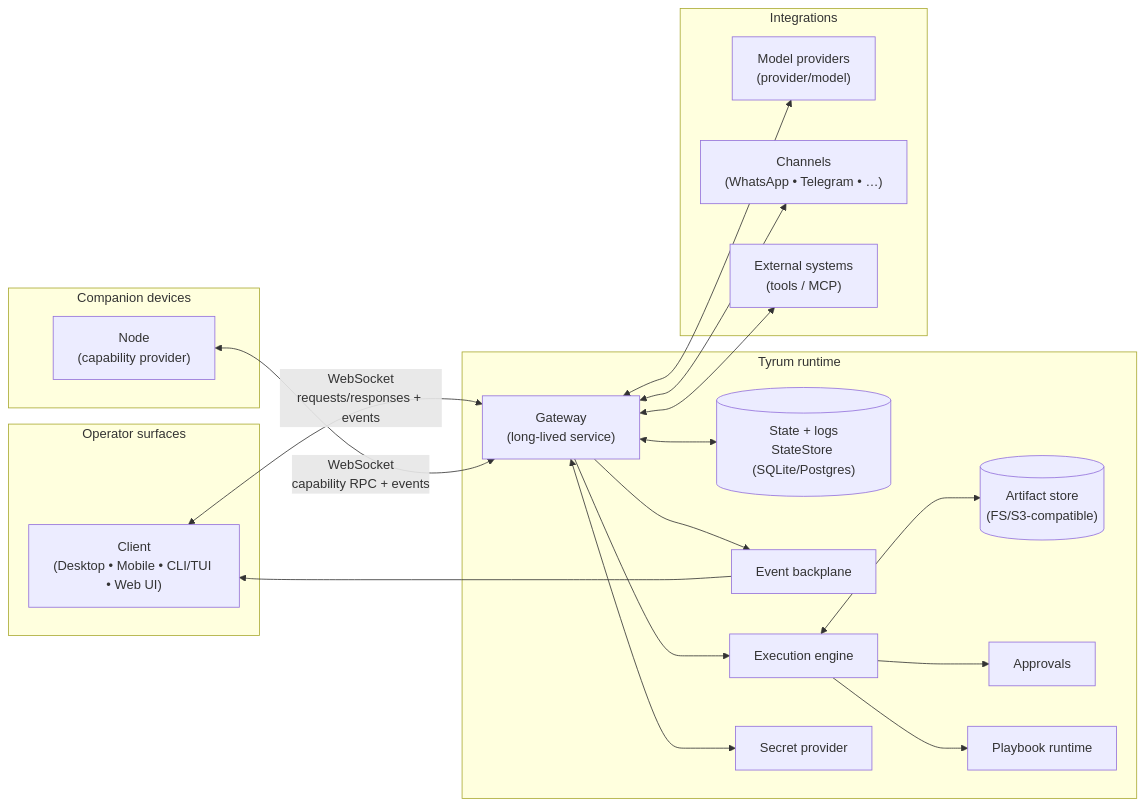
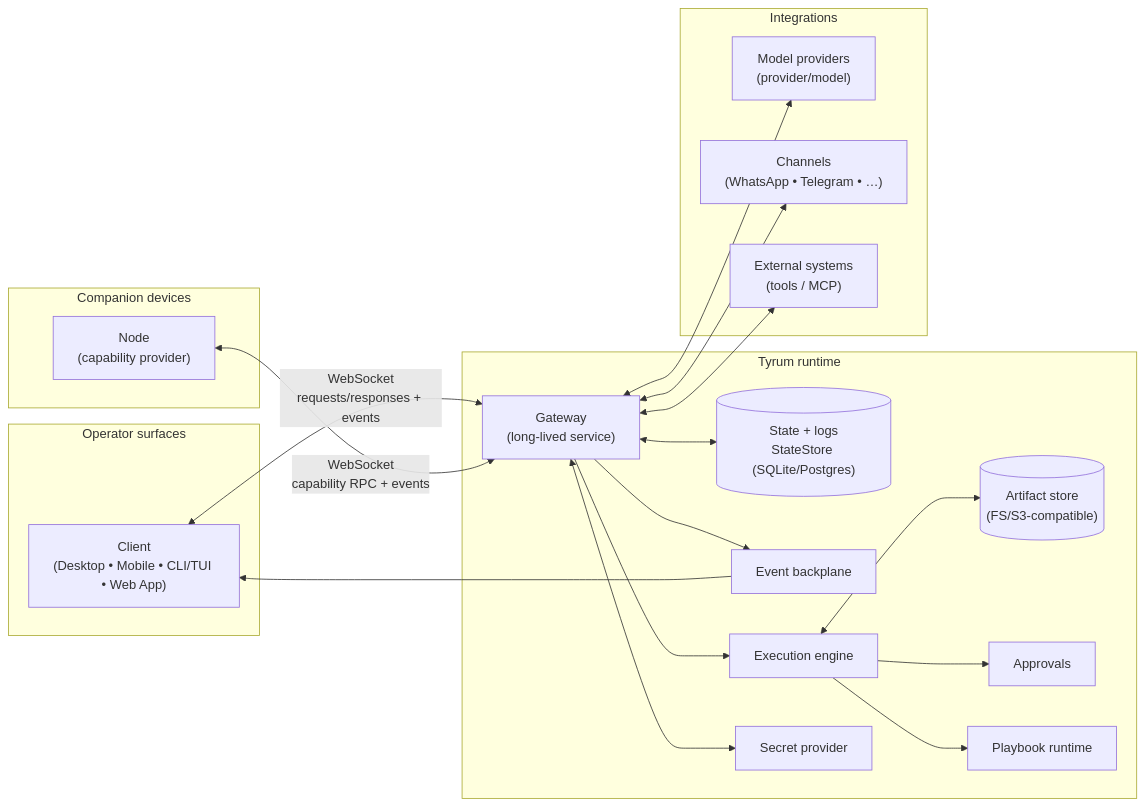
Before and after one commit to tyrumai/tyrum: the diagram in docs/architecture/index.md, drawn with Mermaid. The commit also changed other lines of this file and 12 other files, not shown here.

Commit message:
docs(architecture): add tenancy model and align scoping

````diff
--- a/docs/architecture/index.md
+++ b/docs/architecture/index.md
@@ -26,41 +26,41 @@
 ```mermaid
 flowchart LR
   subgraph Operator["Operator surfaces"]
-    C["Client<br/>(Desktop • Mobile • CLI/TUI • Web UI)"]
+    C["Client<br/>(Desktop • Mobile • CLI/TUI • Web App)"]
   end
 
   subgraph Runtime["Tyrum runtime"]
     G["Gateway<br/>(long-lived service)"]
     DB[("State + logs<br/>StateStore (SQLite/Postgres)")]
     AS[("Artifact store<br/>(FS/S3-compatible)")]
     EV["Event backplane"]
     ENG["Execution engine"]
     APPR["Approvals"]
     PB["Playbook runtime"]
     SEC["Secret provider"]
   end
 
   subgraph Devices["Companion devices"]
     N["Node<br/>(capability provider)"]
   end
 
   subgraph Integrations["Integrations"]
     M["Model providers<br/>(provider/model)"]
     CH["Channels<br/>(WhatsApp • Telegram • …)"]
     EXT["External systems<br/>(tools / MCP)"]
   end
 
   C <--> |"WebSocket<br/>requests/responses + events"| G
   N <--> |"WebSocket<br/>capability RPC + events"| G
   G <--> DB
   ENG <--> AS
   G --> EV
   EV --> C
   G --> ENG
   ENG --> APPR
   ENG --> PB
   G <--> SEC
   G <--> M
   G <--> CH
   G <--> EXT
 ```
````
